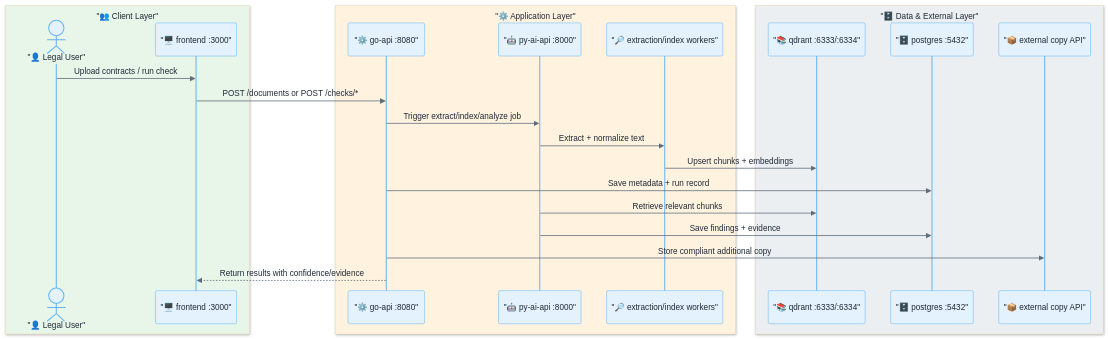
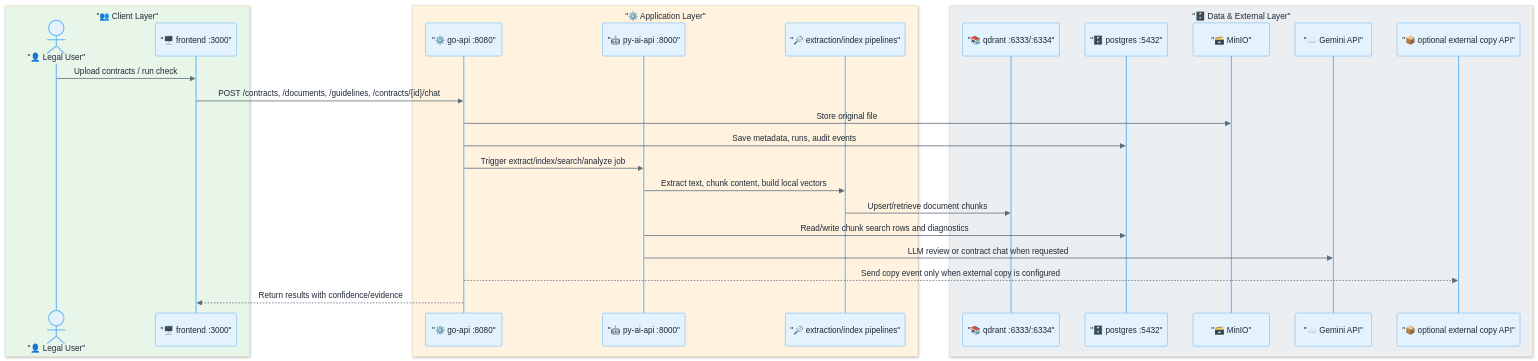
One commit to toswari/intellegal changed the second of 3 diagrams in README.md. Above: the diagram before and after it, drawn with Mermaid. The commit also changed other lines of this file and 55 other files, not shown here.

````diff
--- a/README.md
+++ b/README.md
@@ -180,29 +179,32 @@
 ```mermaid
 %%{init: {'theme': 'base', 'themeVariables': { 'primaryTextColor': '#1F2937', 'actorTextColor': '#1F2937', 'actorBkg': '#E3F2FD', 'actorBorder': '#64B5F6', 'activationBorderColor': '#5B6B7A', 'activationBkgColor': '#F3F4F6', 'sequenceNumberColor': '#1F2937', 'signalColor': '#5B6B7A', 'signalTextColor': '#1F2937', 'labelBoxBkgColor': '#F8FAFC', 'labelBoxBorderColor': '#94A3B8', 'labelTextColor': '#1F2937', 'loopTextColor': '#1F2937', 'noteTextColor': '#1F2937', 'noteBkgColor': '#FFF7D6', 'noteBorderColor': '#F2C94C', 'fontFamily': 'Inter, Segoe UI, sans-serif' }}}%%
 sequenceDiagram
     box rgb(232,245,233) "👥 Client Layer"
         actor User as "👤 Legal User"
         participant UI as "🖥️ frontend :3000"
     end
     box rgb(255,243,224) "⚙️ Application Layer"
         participant API as "⚙️ go-api :8080"
         participant AI as "🤖 py-ai-api :8000"
-        participant X as "🔎 extraction/index workers"
+        participant X as "🔎 extraction/index pipelines"
     end
     box rgb(236,239,241) "🗄️ Data & External Layer"
         participant Q as "📚 qdrant :6333/:6334"
         participant DB as "🗄️ postgres :5432"
-        participant C as "📦 external copy API"
+        participant O as "🗃️ MinIO"
+        participant G as "☁️ Gemini API"
+        participant C as "📦 optional external copy API"
     end
 
     User->>UI: Upload contracts / run check
-    UI->>API: POST /documents or POST /checks/*
-    API->>AI: Trigger extract/index/analyze job
-    AI->>X: Extract + normalize text
-    X->>Q: Upsert chunks + embeddings
-    API->>DB: Save metadata + run record
-    AI->>Q: Retrieve relevant chunks
-    AI->>DB: Save findings + evidence
-    API->>C: Store compliant additional copy
+    UI->>API: POST /contracts, /documents, /guidelines, /contracts/{id}/chat
+    API->>O: Store original file
+    API->>DB: Save metadata, runs, audit events
+    API->>AI: Trigger extract/index/search/analyze job
+    AI->>X: Extract text, chunk content, build local vectors
+    X->>Q: Upsert/retrieve document chunks
+    AI->>DB: Read/write chunk search rows and diagnostics
+    AI->>G: LLM review or contract chat when requested
+    API-->>C: Send copy event only when external copy is configured
     API-->>UI: Return results with confidence/evidence
 ```
````
